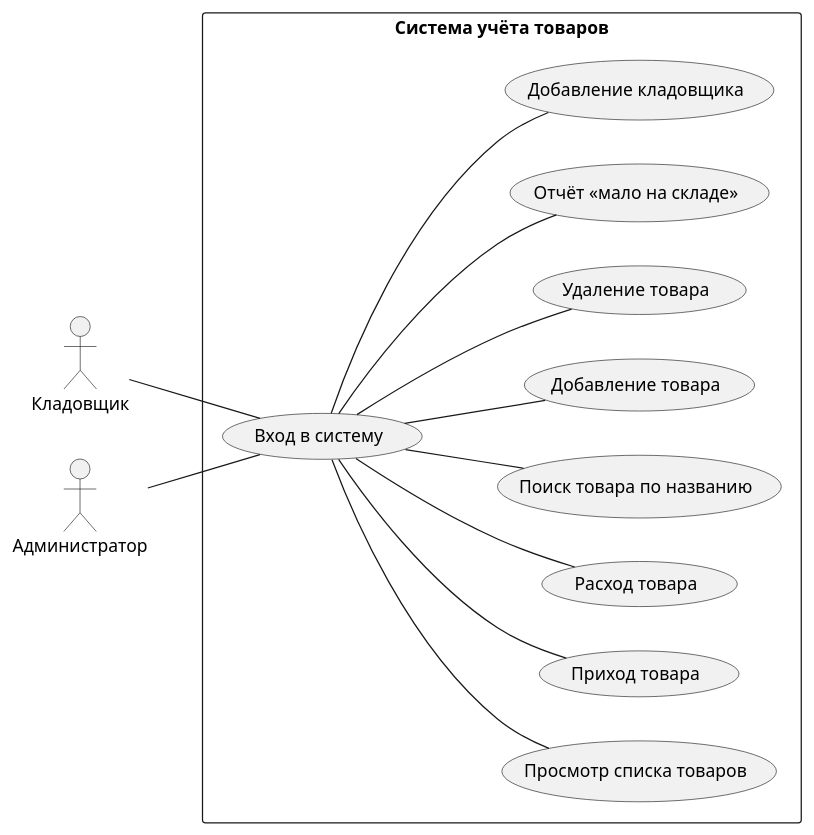
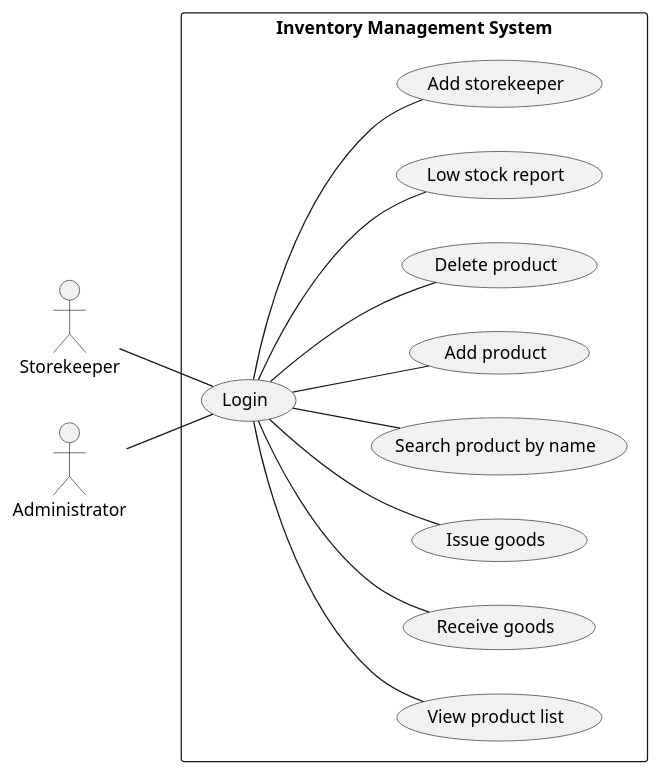
The diagram in docs/diagrams/usecase.puml (milalalala127/warehouse), drawn with PlantUML before and after one commit. The commit also changed 5 other files, not shown here.

```diff
--- a/docs/diagrams/usecase.puml
+++ b/docs/diagrams/usecase.puml
@@ -1,37 +1,37 @@
 @startuml
 left to right direction
 
-actor "Кладовщик" as Sklad
-actor "Администратор" as Admin
+actor "Storekeeper" as Sklad
+actor "Administrator" as Admin
 
-rectangle "Система учёта товаров" {
-    usecase "Вход в систему" as UC_Login
+rectangle "Inventory Management System" {
+    usecase "Login" as UC_Login
     
-    ' Действия кладовщика
-    usecase "Просмотр списка товаров" as UC_View
-    usecase "Приход товара" as UC_In
-    usecase "Расход товара" as UC_Out
-    usecase "Поиск товара по названию" as UC_Search
+    ' Storekeeper actions
+    usecase "View product list" as UC_View
+    usecase "Receive goods" as UC_In
+    usecase "Issue goods" as UC_Out
+    usecase "Search product by name" as UC_Search
     
-    ' Действия администратора
-    usecase "Добавление товара" as UC_Add
-    usecase "Удаление товара" as UC_Del
-    usecase "Отчёт «мало на складе»" as UC_Report
-    usecase "Добавление кладовщика" as UC_AddSklad
+    ' Administrator actions
+    usecase "Add product" as UC_Add
+    usecase "Delete product" as UC_Del
+    usecase "Low stock report" as UC_Report
+    usecase "Add storekeeper" as UC_AddSklad
 }
 
 Sklad -- UC_Login
 Admin -- UC_Login
 
-' От входа ко всем действиям
+' From login to all actions
 UC_Login -- UC_View
 UC_Login -- UC_In
 UC_Login -- UC_Out
 UC_Login -- UC_Search
 
 UC_Login -- UC_Add
 UC_Login -- UC_Del
 UC_Login -- UC_Report
 UC_Login -- UC_AddSklad
 
 @enduml
```
